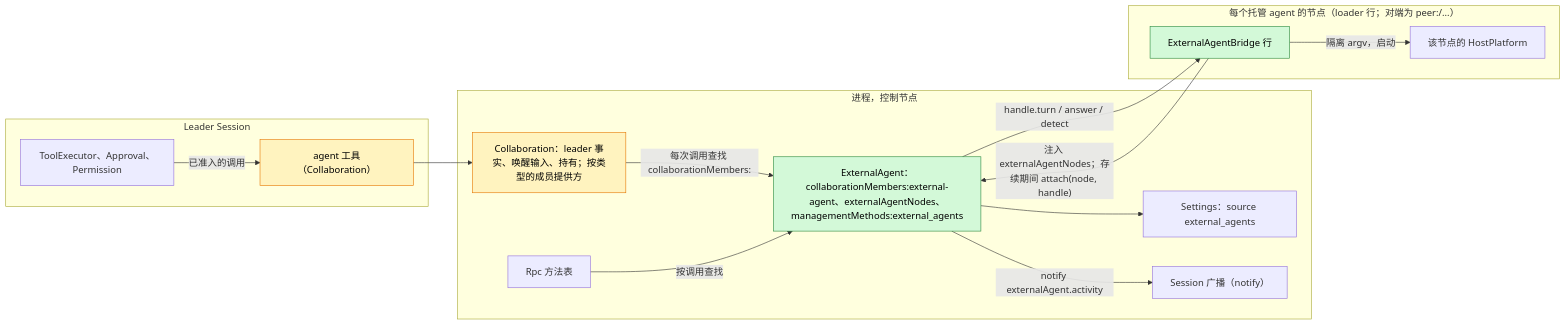
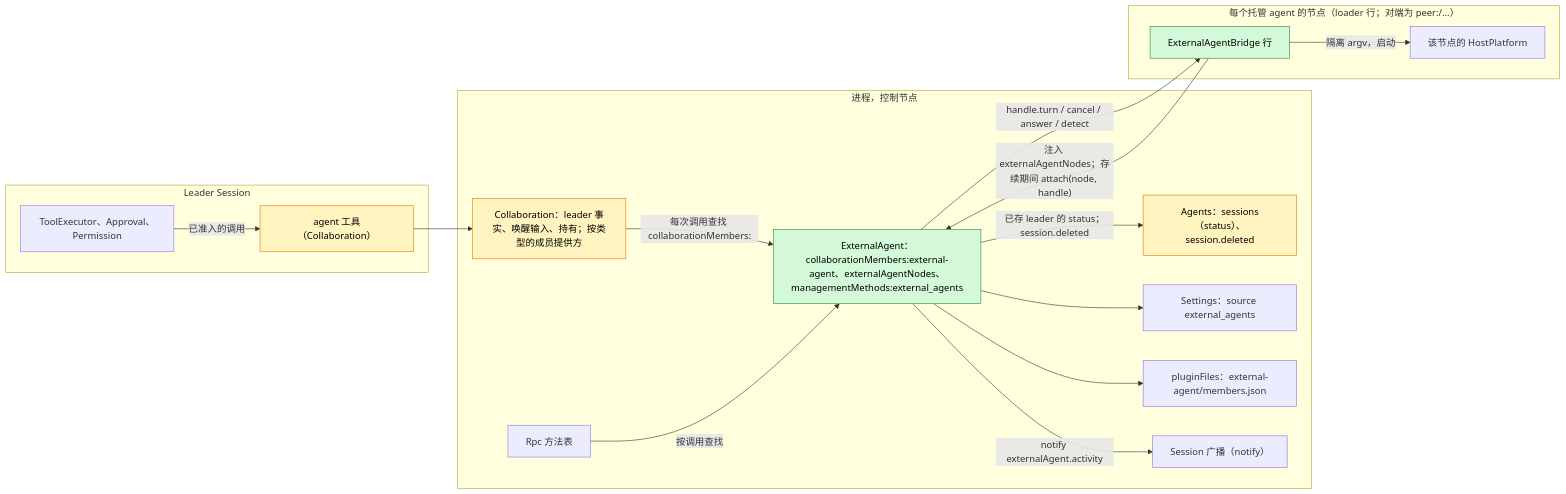
Before and after one commit to CoutinhoTTS/dim-agent: the first of 4 diagrams in docs/zh/design/plugins/ExternalAgent.md, drawn with Mermaid. The commit also changed other lines of this file and 6 other files, not shown here.

First line of the commit message:
docs(external-agent): address review on leader end, cancel, D4 and clients

````diff
--- a/docs/zh/design/plugins/ExternalAgent.md
+++ b/docs/zh/design/plugins/ExternalAgent.md
@@ -31,29 +31,33 @@
 ```mermaid
 flowchart LR
   classDef new fill:#d3f9d8,stroke:#2b8a3e,color:#000
   classDef chg fill:#fff3bf,stroke:#e67700,color:#000
   subgraph leader["Leader Session"]
     Tool["agent 工具（Collaboration）"]:::chg
     TE["ToolExecutor、Approval、Permission"]
   end
   subgraph proc["进程，控制节点"]
     Coll["Collaboration：leader 事实、唤醒输入、持有；按类型的成员提供方"]:::chg
     EA["ExternalAgent：collaborationMembers:external-agent、externalAgentNodes、managementMethods:external_agents"]:::new
+    AG["Agents：sessions（status）、session.deleted"]:::chg
     Settings["Settings：source external_agents"]
+    PF["pluginFiles：external-agent/members.json"]
     SB["Session 广播（notify）"]
     Rpc["Rpc 方法表"]
   end
   subgraph node["每个托管 agent 的节点（loader 行；对端为 peer:<node>/...）"]
     BR["ExternalAgentBridge 行"]:::new
     HP["该节点的 HostPlatform"]
   end
   TE -->|"已准入的调用"| Tool
   Tool --> Coll
   Coll -->|"每次调用查找 collaborationMembers:<kind>"| EA
   BR -->|"注入 externalAgentNodes；存续期间 attach(node, handle)"| EA
-  EA -->|"handle.turn / answer / detect"| BR
+  EA -->|"handle.turn / cancel / answer / detect"| BR
   BR -->|"隔离 argv，启动"| HP
   EA -->|"notify externalAgent.activity"| SB
+  EA -->|"已存 leader 的 status；session.deleted"| AG
   Rpc -->|"按调用查找"| EA
   EA --> Settings
+  EA --> PF
 ```
````
